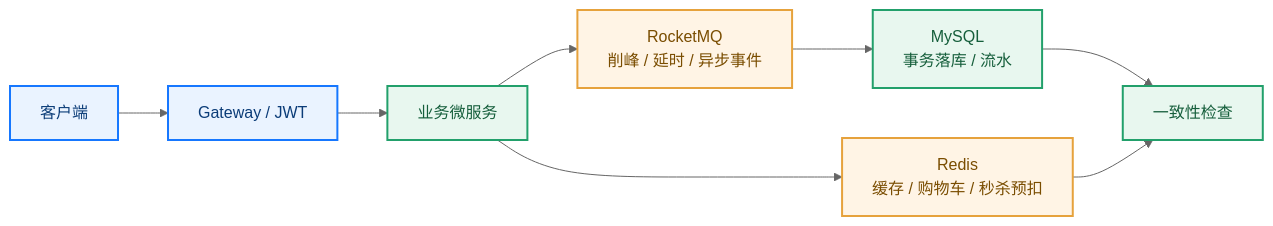
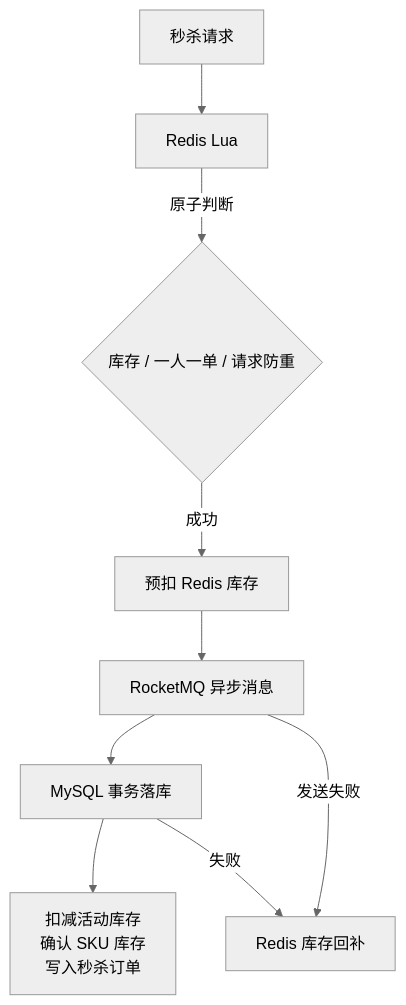
The eighth of 10 diagrams in docs/TEAM.md (Nobeta-Work/dingdong), drawn with Mermaid (neutral theme) before and after one commit. The commit also changed other lines of this file and 2 other files, not shown here.

````diff
--- a/docs/TEAM.md
+++ b/docs/TEAM.md
@@ -117,17 +178,11 @@
 ```mermaid
-flowchart LR
-    Client[客户端] --> Gateway[Gateway / JWT]
-    Gateway --> Services[业务微服务]
-    Services --> Redis[Redis<br/>缓存 / 购物车 / 秒杀预扣]
-    Services --> MQ[RocketMQ<br/>削峰 / 延时 / 异步事件]
-    MQ --> DB[MySQL<br/>事务落库 / 流水]
-    DB --> Check[一致性检查]
-    Redis --> Check
-
-    classDef entry fill:#eaf3ff,stroke:#1677ff,color:#0b3c78,stroke-width:2px
-    classDef infra fill:#fff4e5,stroke:#e6a23c,color:#7a4d00,stroke-width:2px
-    classDef data fill:#e8f7ef,stroke:#22a06b,color:#155e3b,stroke-width:2px
-    class Client,Gateway entry
-    class Redis,MQ infra
-    class Services,DB,Check data
+flowchart
+    A[秒杀请求] --> B[Redis Lua]
+    B -->|原子判断| C{库存 / 一人一单 / 请求防重}
+    C -->|成功| D[预扣 Redis 库存]
+    D --> E[RocketMQ 异步消息]
+    E --> F[MySQL 事务落库]
+    F --> G[扣减活动库存<br/>确认 SKU 库存<br/>写入秒杀订单]
+    F -->|失败| H[Redis 库存回补]
+    E -->|发送失败| H
 ```
````
